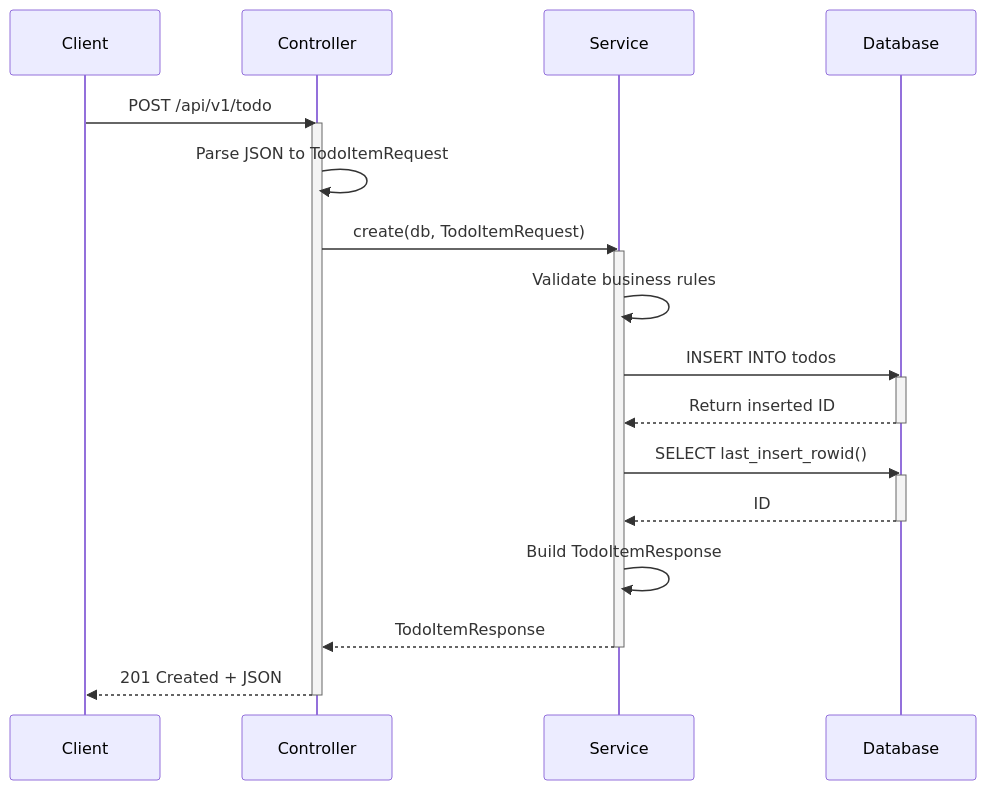
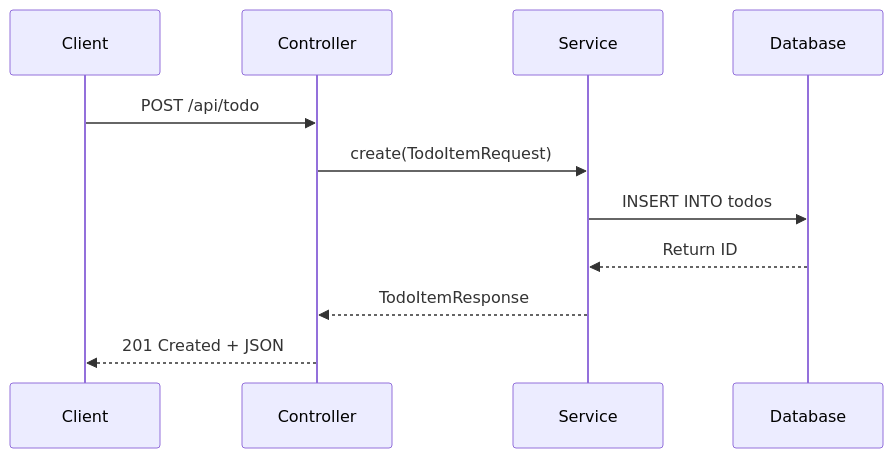
Before and after one commit to wlopezob/portfolio-rust: the first of 2 diagrams in todolist-sqlite/README.md, drawn with Mermaid. The commit also changed other lines of this file and 1 other file, not shown here.

````diff
--- a/todolist-sqlite/README.md
+++ b/todolist-sqlite/README.md
@@ -339,32 +203,14 @@
 ```mermaid
 sequenceDiagram
     participant Client
     participant Controller
     participant Service
     participant Database
 
-    Client->>Controller: POST /api/v1/todo
-    activate Controller
-    
-    Controller->>Controller: Parse JSON to TodoItemRequest
-    Controller->>Service: create(db, TodoItemRequest)
-    activate Service
-    
-    Service->>Service: Validate business rules
+    Client->>Controller: POST /api/todo
+    Controller->>Service: create(TodoItemRequest)
     Service->>Database: INSERT INTO todos
-    activate Database
-    Database-->>Service: Return inserted ID
-    deactivate Database
-    
-    Service->>Database: SELECT last_insert_rowid()
-    activate Database
-    Database-->>Service: ID
-    deactivate Database
-    
-    Service->>Service: Build TodoItemResponse
+    Database-->>Service: Return ID
     Service-->>Controller: TodoItemResponse
-    deactivate Service
-    
     Controller-->>Client: 201 Created + JSON
-    deactivate Controller
 ```
````
